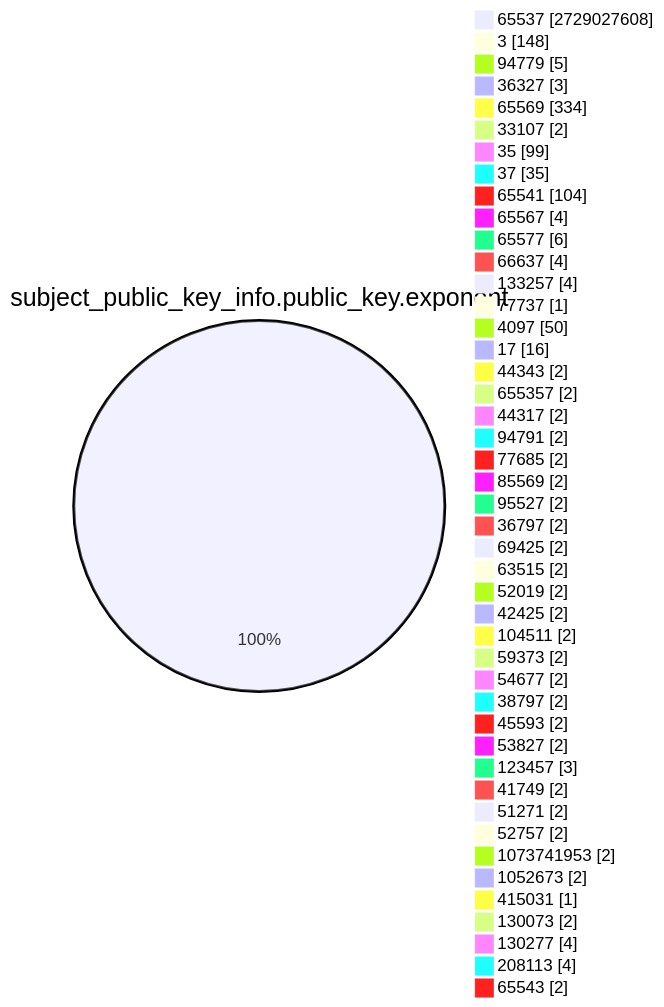
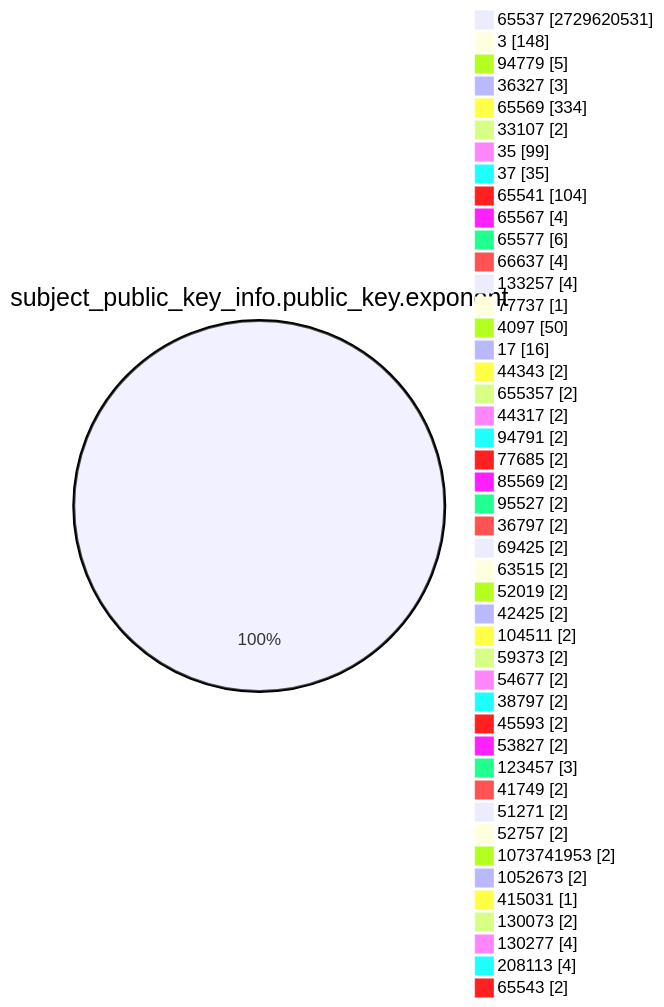
One commit to christiankrug/ctmonitor_visualization changed the fourth of 15 diagrams in TOTAL/README.md. Above: the diagram before and after it, drawn with Mermaid. The commit also changed other lines of this file, not shown here.

````diff
--- a/TOTAL/README.md
+++ b/TOTAL/README.md
@@ -1467,49 +1467,49 @@
 ```mermaid
 pie showData
 title subject_public_key_info.public_key.exponent
-"65537" :2729027608
+"65537" :2729620531
 "3" :148
 "94779" :5
 "36327" :3
 "65569" :334
 "33107" :2
 "35" :99
 "37" :35
 "65541" :104
 "65567" :4
 "65577" :6
 "66637" :4
 "133257" :4
 "77737" :1
 "4097" :50
 "17" :16
 "44343" :2
 "655357" :2
 "44317" :2
 "94791" :2
 "77685" :2
 "85569" :2
 "95527" :2
 "36797" :2
 "69425" :2
 "63515" :2
 "52019" :2
 "42425" :2
 "104511" :2
 "59373" :2
 "54677" :2
 "38797" :2
 "45593" :2
 "53827" :2
 "123457" :3
 "41749" :2
 "51271" :2
 "52757" :2
 "1073741953" :2
 "1052673" :2
 "415031" :1
 "130073" :2
 "130277" :4
 "208113" :4
 "65543" :2
 ```
````
